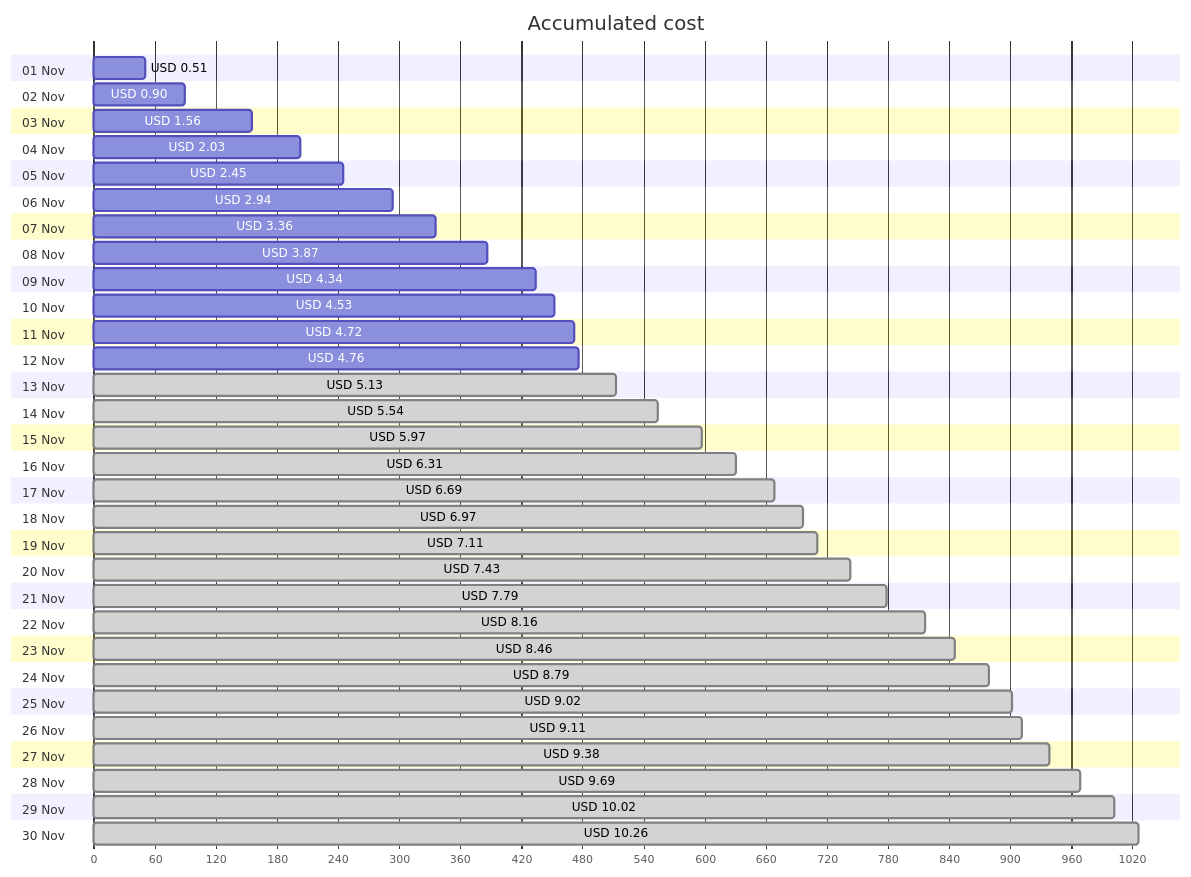
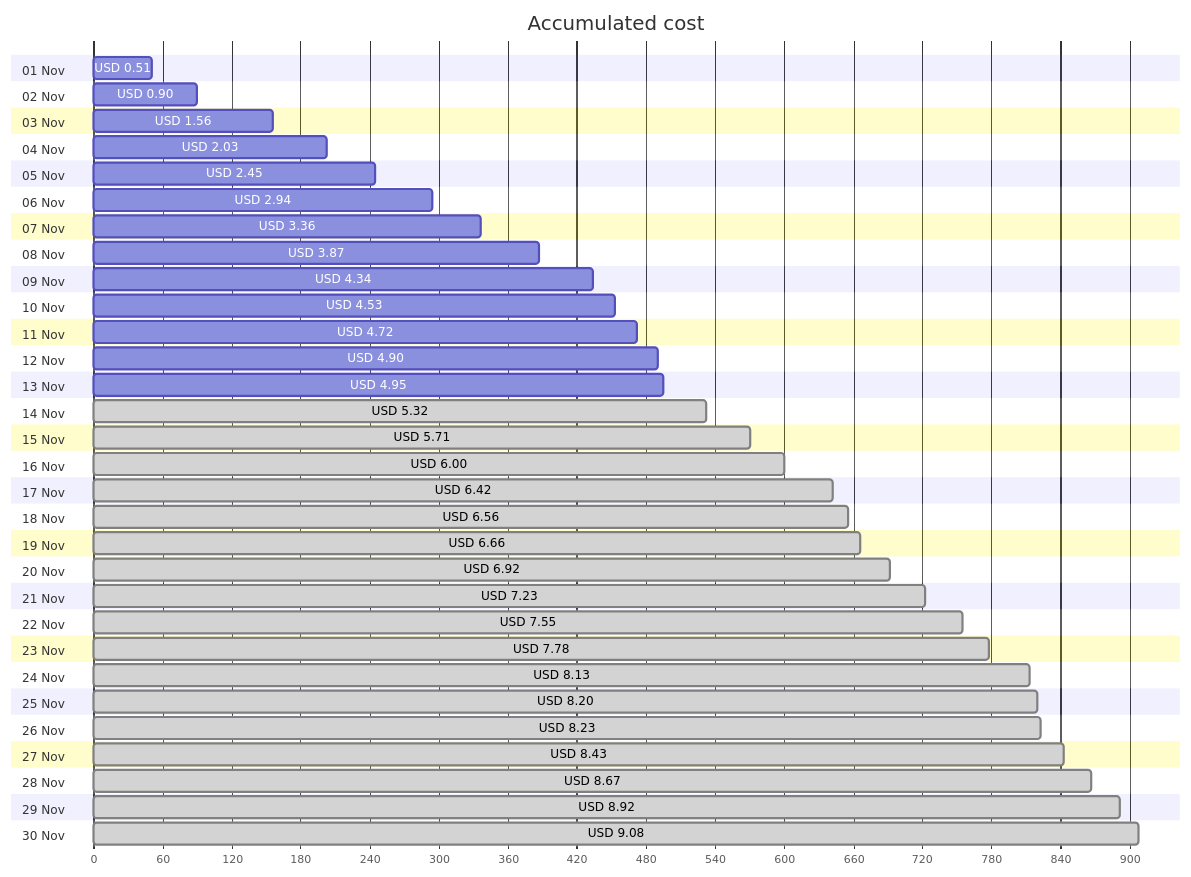
One commit to jpfulton/azure-personal-reports changed the first of 4 diagrams in cost-reports/personal-network/vpn-server.md. Above: the diagram before and after it, drawn with Mermaid. The commit also changed other lines of this file and 8 other files, not shown here.

````diff
--- a/cost-reports/personal-network/vpn-server.md
+++ b/cost-reports/personal-network/vpn-server.md
@@ -20,66 +20,66 @@
 ```mermaid
 gantt
    title Accumulated cost
    dateFormat  X
    axisFormat %s
    section 01 Nov
    USD 0.51 :0, 51
    section 02 Nov
    USD 0.90 :0, 90
    section 03 Nov
    USD 1.56 :0, 156
    section 04 Nov
    USD 2.03 :0, 203
    section 05 Nov
    USD 2.45 :0, 245
    section 06 Nov
    USD 2.94 :0, 294
    section 07 Nov
    USD 3.36 :0, 336
    section 08 Nov
    USD 3.87 :0, 387
    section 09 Nov
    USD 4.34 :0, 434
    section 10 Nov
    USD 4.53 :0, 453
    section 11 Nov
    USD 4.72 :0, 472
    section 12 Nov
-   USD 4.76 :0, 476
+   USD 4.90 :0, 490
    section 13 Nov
-   USD 5.13 : done, 0, 513
+   USD 4.95 :0, 495
    section 14 Nov
-   USD 5.54 : done, 0, 554
+   USD 5.32 : done, 0, 532
    section 15 Nov
-   USD 5.97 : done, 0, 597
+   USD 5.71 : done, 0, 571
    section 16 Nov
-   USD 6.31 : done, 0, 631
+   USD 6.00 : done, 0, 600
    section 17 Nov
-   USD 6.69 : done, 0, 669
+   USD 6.42 : done, 0, 642
    section 18 Nov
-   USD 6.97 : done, 0, 697
+   USD 6.56 : done, 0, 656
    section 19 Nov
-   USD 7.11 : done, 0, 711
+   USD 6.66 : done, 0, 666
    section 20 Nov
-   USD 7.43 : done, 0, 743
+   USD 6.92 : done, 0, 692
    section 21 Nov
-   USD 7.79 : done, 0, 779
+   USD 7.23 : done, 0, 723
    section 22 Nov
-   USD 8.16 : done, 0, 816
+   USD 7.55 : done, 0, 755
    section 23 Nov
-   USD 8.46 : done, 0, 846
+   USD 7.78 : done, 0, 778
    section 24 Nov
-   USD 8.79 : done, 0, 879
+   USD 8.13 : done, 0, 813
    section 25 Nov
-   USD 9.02 : done, 0, 902
+   USD 8.20 : done, 0, 820
    section 26 Nov
-   USD 9.11 : done, 0, 911
+   USD 8.23 : done, 0, 823
    section 27 Nov
-   USD 9.38 : done, 0, 938
+   USD 8.43 : done, 0, 843
    section 28 Nov
-   USD 9.69 : done, 0, 969
+   USD 8.67 : done, 0, 867
    section 29 Nov
-   USD 10.02 : done, 0, 1002
+   USD 8.92 : done, 0, 892
    section 30 Nov
-   USD 10.26 : done, 0, 1026
+   USD 9.08 : done, 0, 908
 ```
````
